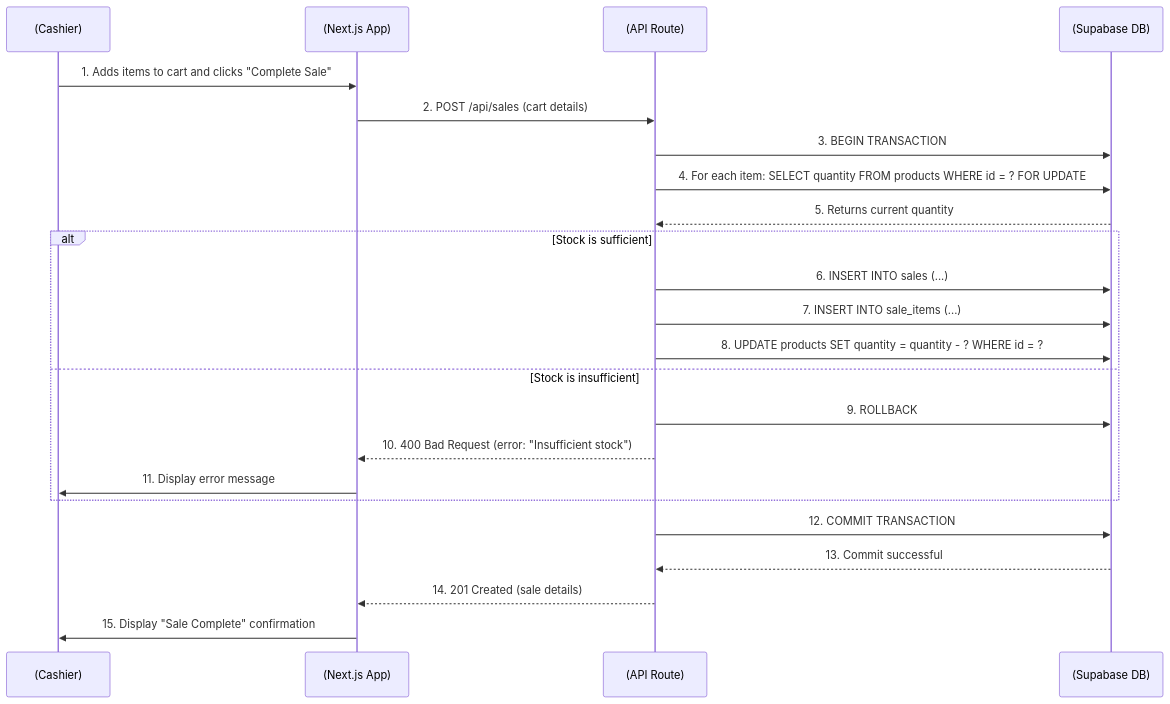
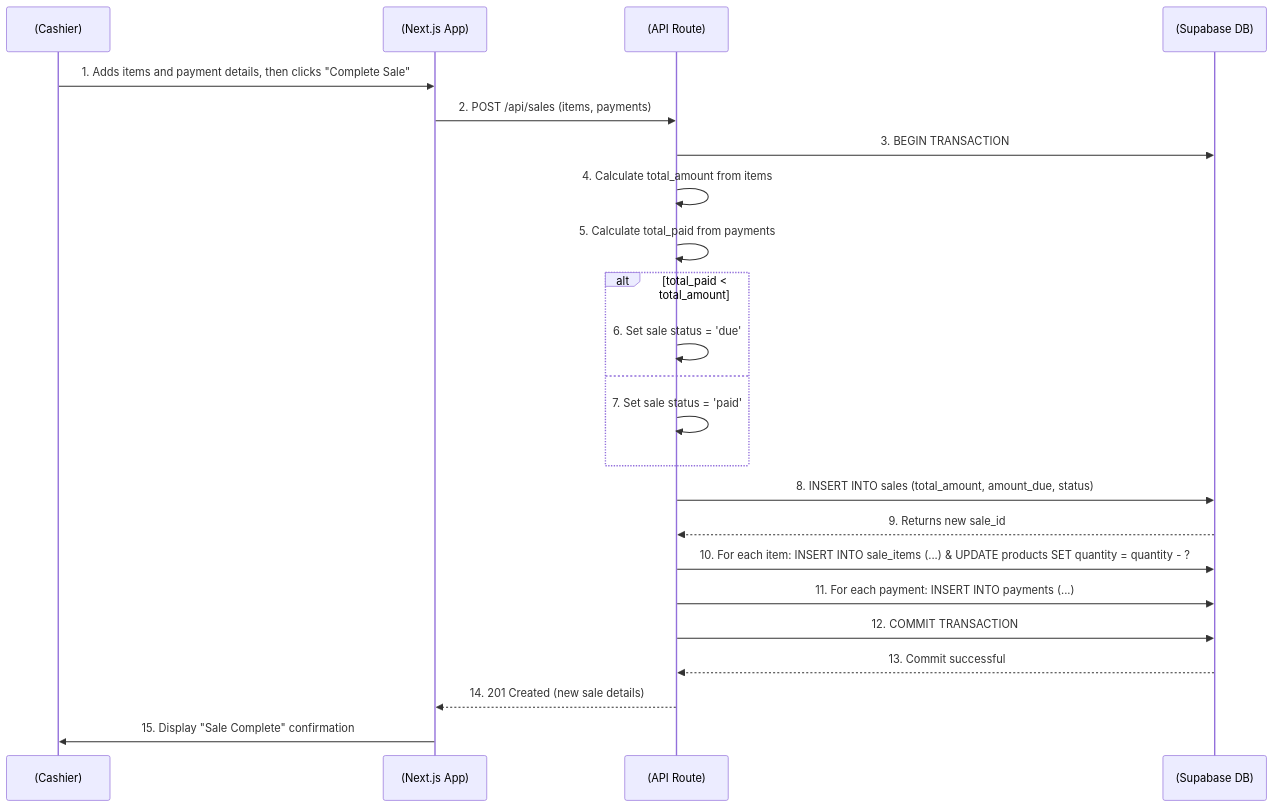
Before and after one commit to nayeem-ahmad/retail-saas: the first of 2 diagrams in docs/architecture/core-workflows.md, drawn with Mermaid. The commit also changed other lines of this file and 10 other files, not shown here.

First line of the commit message:
feat(payments): Add advanced payment handling

````diff
--- a/docs/architecture/core-workflows.md
+++ b/docs/architecture/core-workflows.md
@@ -5,26 +9,26 @@
 ```mermaid
 sequenceDiagram
     participant User as (Cashier)
     participant Frontend as (Next.js App)
     participant Backend as (API Route)
     participant DB as (Supabase DB)
 
-    User->>Frontend: 1. Adds items to cart and clicks "Complete Sale"
-    Frontend->>Backend: 2. POST /api/sales (cart details)
+    User->>Frontend: 1. Adds items and payment details, then clicks "Complete Sale"
+    Frontend->>Backend: 2. POST /api/sales (items, payments)
     Backend->>DB: 3. BEGIN TRANSACTION
-    Backend->>DB: 4. For each item: SELECT quantity FROM products WHERE id = ? FOR UPDATE
-    DB-->>Backend: 5. Returns current quantity
-    alt Stock is sufficient
-        Backend->>DB: 6. INSERT INTO sales (...)
-        Backend->>DB: 7. INSERT INTO sale_items (...)
-        Backend->>DB: 8. UPDATE products SET quantity = quantity - ? WHERE id = ?
-    else Stock is insufficient
-        Backend->>DB: 9. ROLLBACK
-        Backend-->>Frontend: 10. 400 Bad Request (error: "Insufficient stock")
-        Frontend->>User: 11. Display error message
-        end
+    Backend->>Backend: 4. Calculate total_amount from items
+    Backend->>Backend: 5. Calculate total_paid from payments
+    alt total_paid < total_amount
+        Backend->>Backend: 6. Set sale status = 'due'
+    else
+        Backend->>Backend: 7. Set sale status = 'paid'
+    end
+    Backend->>DB: 8. INSERT INTO sales (total_amount, amount_due, status)
+    DB-->>Backend: 9. Returns new sale_id
+    Backend->>DB: 10. For each item: INSERT INTO sale_items (...) & UPDATE products SET quantity = quantity - ?
+    Backend->>DB: 11. For each payment: INSERT INTO payments (...)
     Backend->>DB: 12. COMMIT TRANSACTION
     DB-->>Backend: 13. Commit successful
-    Backend-->>Frontend: 14. 201 Created (sale details)
+    Backend-->>Frontend: 14. 201 Created (new sale details)
     Frontend->>User: 15. Display "Sale Complete" confirmation
 ```
````
